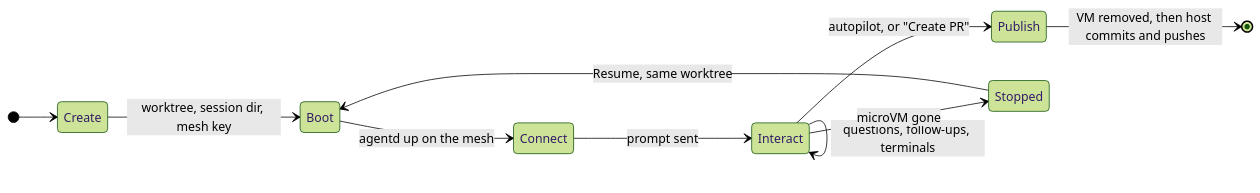
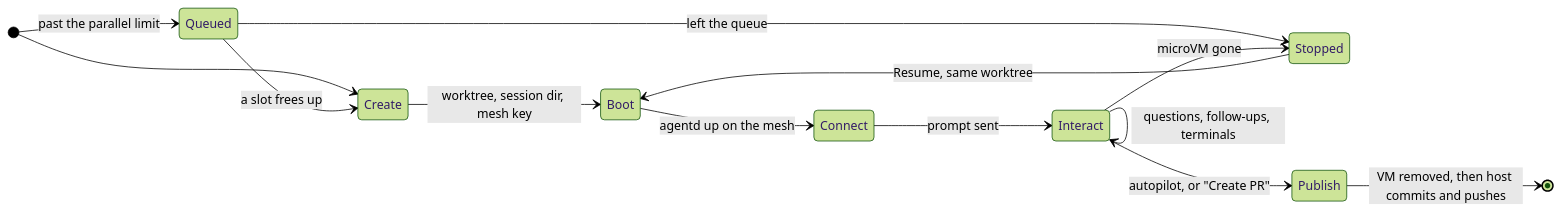
Before and after one commit to Colonizer-dev/harness: the second of 2 diagrams in docs/architecture.md, drawn with Mermaid (forest theme). The commit also changed other lines of this file and 8 other files, not shown here.

First line of the commit message:
Queue colonies past the parallel limit instead of refusing them

````diff
--- a/docs/architecture.md
+++ b/docs/architecture.md
@@ -77,13 +77,16 @@
 ```mermaid
 stateDiagram-v2
   direction LR
+  [*] --> Queued: past the parallel limit
   [*] --> Create
+  Queued --> Create: a slot frees up
+  Queued --> Stopped: left the queue
   Create --> Boot: worktree, session dir, mesh key
   Boot --> Connect: agentd up on the mesh
   Connect --> Interact: prompt sent
   Interact --> Interact: questions, follow-ups, terminals
   Interact --> Publish: autopilot, or "Create PR"
   Interact --> Stopped: microVM gone
   Stopped --> Boot: Resume, same worktree
   Publish --> [*]: VM removed, then host commits and pushes
 ```
````
